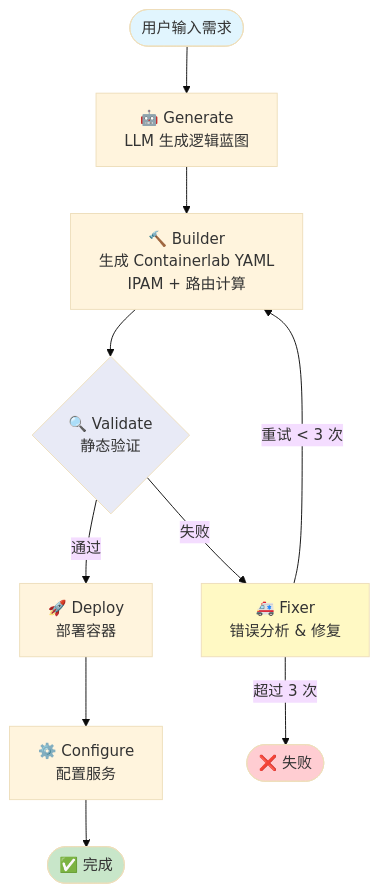
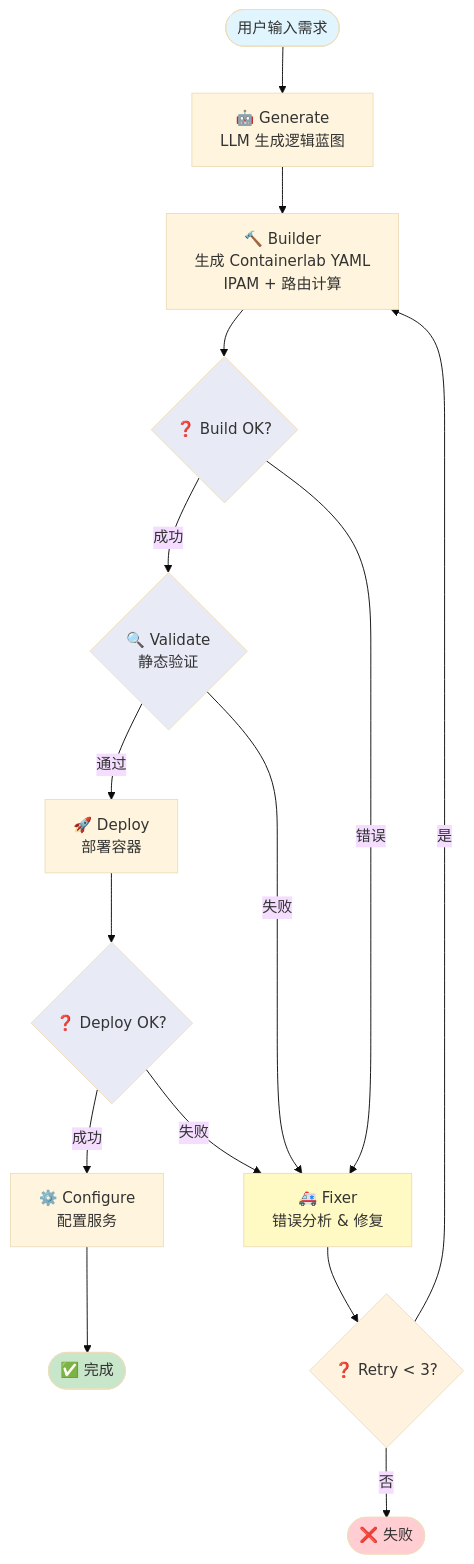
The diagram in README.md (Yuchuwa/CVELab), drawn with Mermaid (base theme) before and after one commit.

Commit message:
20251225 v0.1.2

````diff
--- a/README.md
+++ b/README.md
@@ -46,26 +46,39 @@
 ```mermaid
 flowchart TB
     Start([用户输入需求]) --> Generate[🤖 Generate<br/>LLM 生成逻辑蓝图]
 
     Generate --> Builder[🔨 Builder<br/>生成 Containerlab YAML<br/>IPAM + 路由计算]
 
-    Builder --> Validate{🔍 Validate<br/>静态验证}
+    Builder --> BuildCheck{❓ Build OK?}
+
+    BuildCheck -->|成功| Validate{🔍 Validate<br/>静态验证}
+
+    BuildCheck -->|错误| Fixer[🚑 Fixer<br/>错误分析 & 修复]
 
     Validate -->|通过| Deploy[🚀 Deploy<br/>部署容器]
 
-    Validate -->|失败| Fixer[🚑 Fixer<br/>错误分析 & 修复]
+    Validate -->|失败| Fixer
 
-    Deploy --> Config[⚙️ Configure<br/>配置服务]
+    Deploy --> DeployCheck{❓ Deploy OK?}
+
+    DeployCheck -->|成功| Config[⚙️ Configure<br/>配置服务]
+
+    DeployCheck -->|失败| Fixer
 
     Config --> Success([✅ 完成])
 
-    Fixer -->|重试 < 3 次| Builder
+    Fixer --> RetryCheck{❓ Retry < 3?}
 
-    Fixer -->|超过 3 次| Failed([❌ 失败])
+    RetryCheck -->|是| Builder
+
+    RetryCheck -->|否| Failed([❌ 失败])
 
     style Start fill:#e1f5fe
     style Success fill:#c8e6c9
     style Failed fill:#ffcdd2
     style Fixer fill:#fff9c4
     style Validate fill:#e8eaf6
+    style BuildCheck fill:#e8eaf6
+    style DeployCheck fill:#e8eaf6
+    style RetryCheck fill:#fff3e0
 ```
````
